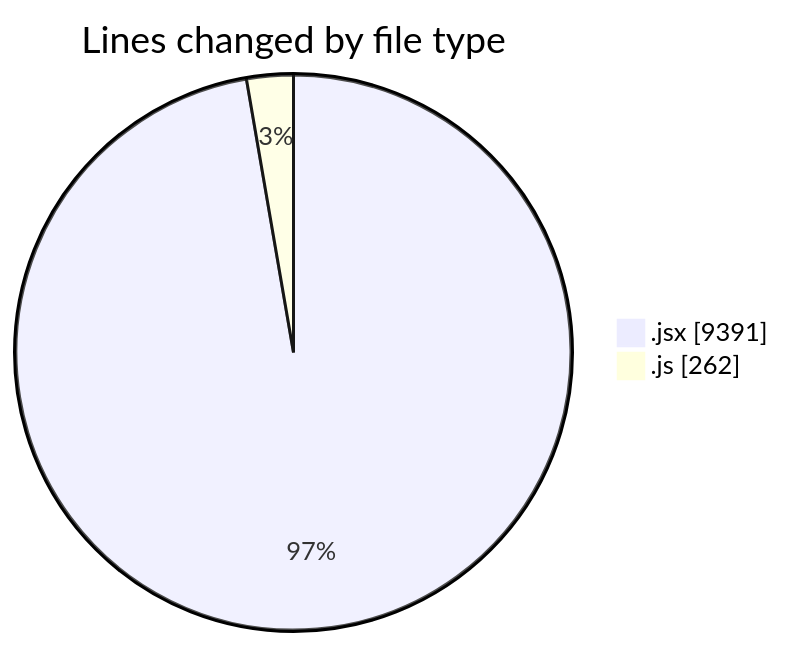
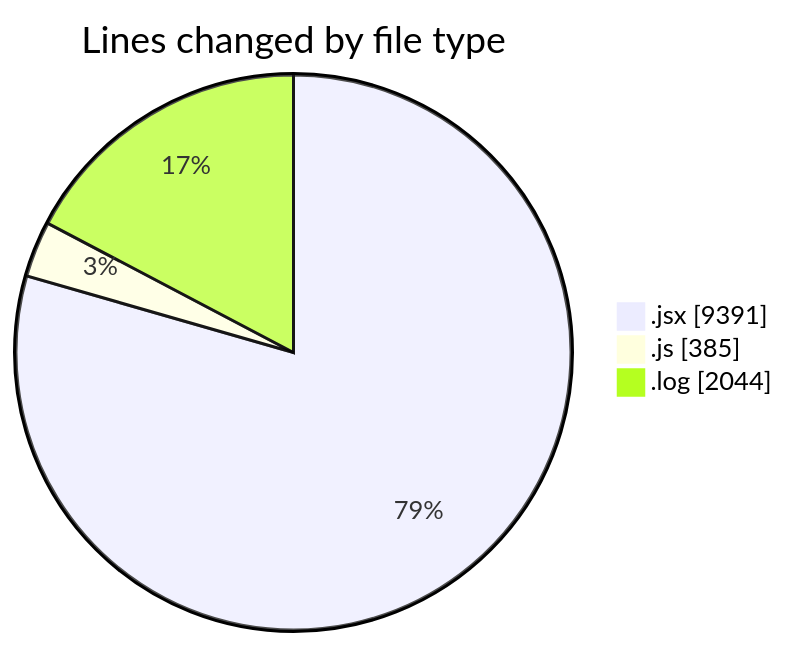
Before and after one commit to nxtqubesakshisongat/code-tracking: the first of 2 diagrams in 2025-05-27/nxtqube_webapp/README.md, drawn with Mermaid. The commit also changed other lines of this file and 1 other file, not shown here.

````diff
--- a/2025-05-27/nxtqube_webapp/README.md
+++ b/2025-05-27/nxtqube_webapp/README.md
@@ -28,6 +30,7 @@
 ```mermaid
 pie showData
 title Lines changed by file type
 ".jsx" : 9391
-".js" : 262
+".js" : 385
+".log" : 2044
 ```
````
